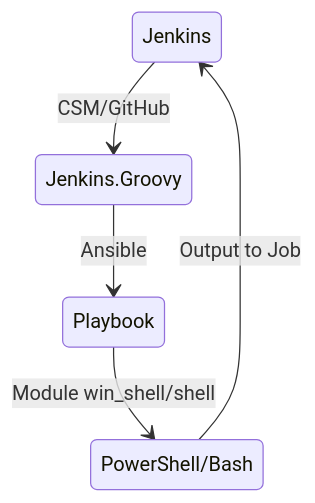
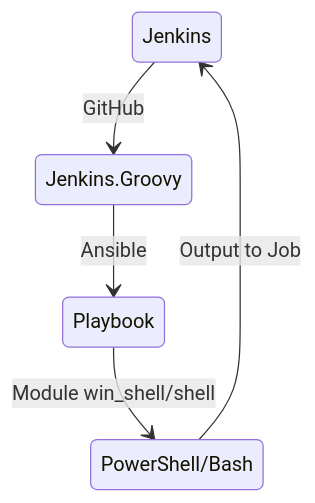
One commit to Lifailon/Deploy-PS-Module changed the diagram in README.md. Above: the diagram before and after it, drawn with Mermaid.

Commit message:
test state

````diff
--- a/README.md
+++ b/README.md
@@ -7,7 +7,7 @@
 ```mermaid
 stateDiagram-v2
-    Jenkins --> Jenkins.Groovy: CSM/GitHub
+    Jenkins --> Jenkins.Groovy: GitHub
     Jenkins.Groovy --> Playbook: Ansible
     Playbook --> PowerShell/Bash: Module win_shell/shell
     PowerShell/Bash --> Jenkins: Output to Job
 ```
````
